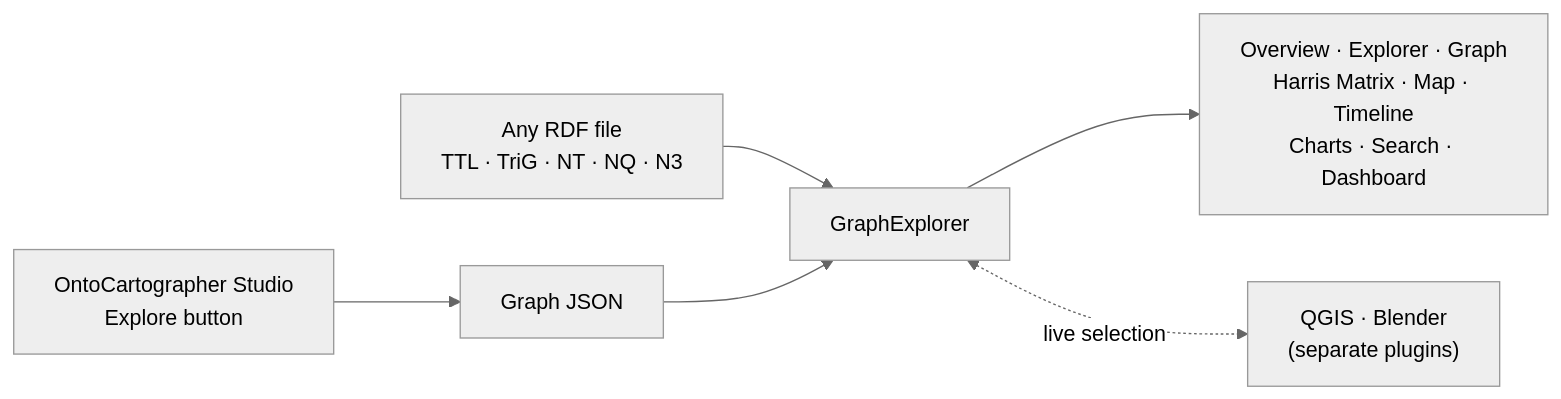
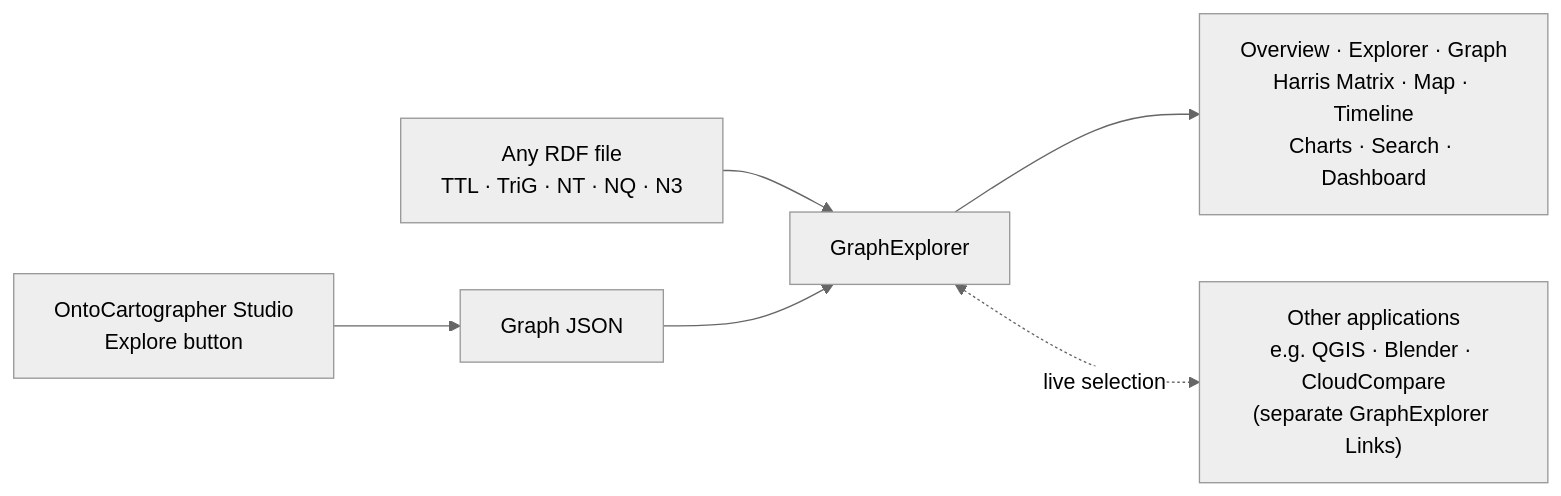
One commit to oeai-dac/GraphExplorer changed the diagram in README.md. Above: the diagram before and after it, drawn with Mermaid (neutral theme). The commit also changed other lines of this file and 5 other files, not shown here.

````diff
--- a/README.md
+++ b/README.md
@@ -25,8 +25,8 @@
 ```mermaid
 flowchart LR
     S["OntoCartographer Studio<br/>Explore button"] --> J["Graph JSON"]
     R["Any RDF file<br/>TTL · TriG · NT · NQ · N3"] --> G
     J --> G["GraphExplorer"]
     G --> V["Overview · Explorer · Graph<br/>Harris Matrix · Map · Timeline<br/>Charts · Search · Dashboard"]
-    G <-. "live selection" .-> P["QGIS · Blender<br/>(separate plugins)"]
+    G <-. "live selection" .-> P["Other applications<br/>e.g. QGIS · Blender · CloudCompare<br/>(separate GraphExplorer Links)"]
 ```
````
